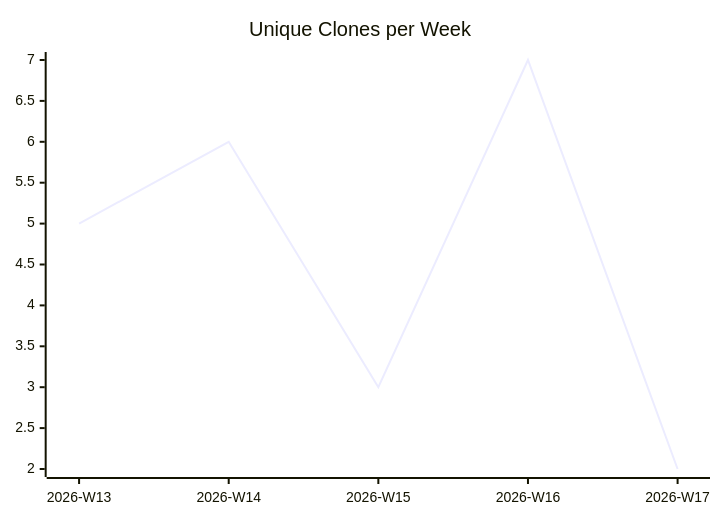
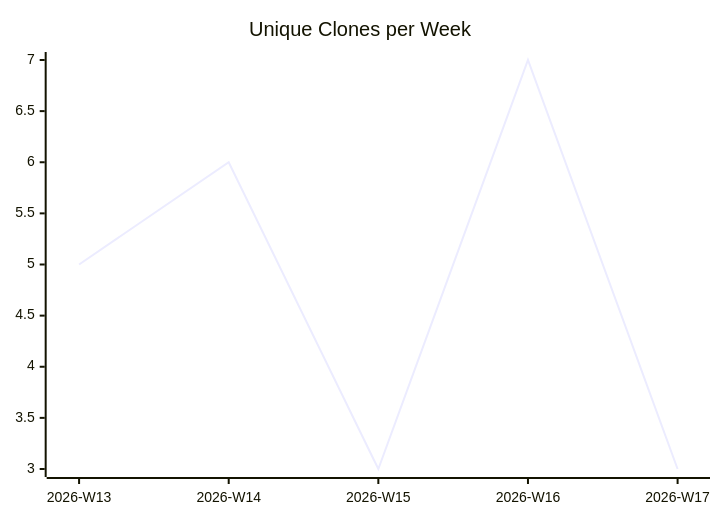
One commit to justdavis-family/github-analytics-data changed the third of 3 diagrams in karlmdavis/kxml2/README.md. Above: the diagram before and after it, drawn with Mermaid. The commit also changed other lines of this file and 198 other files, not shown here.

````diff
--- a/karlmdavis/kxml2/README.md
+++ b/karlmdavis/kxml2/README.md
@@ -19,6 +19,6 @@
 ```mermaid
 xychart-beta
   title "Unique Clones per Week"
   x-axis ["2026-W13", "2026-W14", "2026-W15", "2026-W16", "2026-W17"]
-  line [5, 6, 3, 7, 2]
+  line [5, 6, 3, 7, 3]
 ```
````
